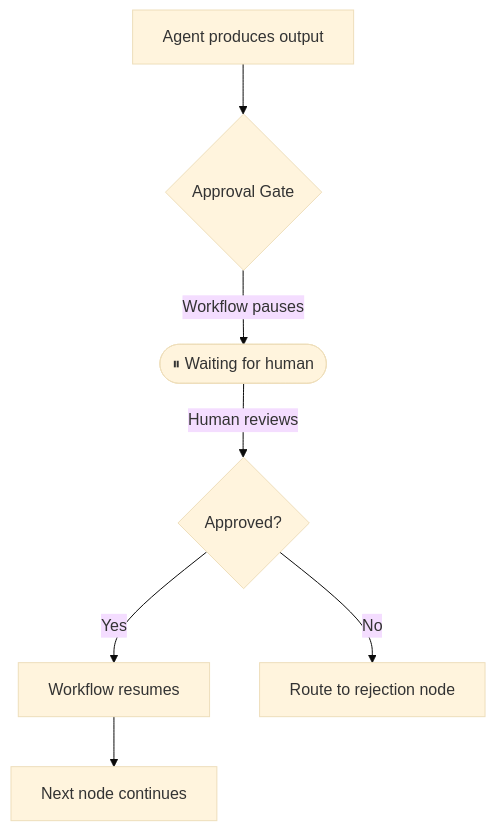
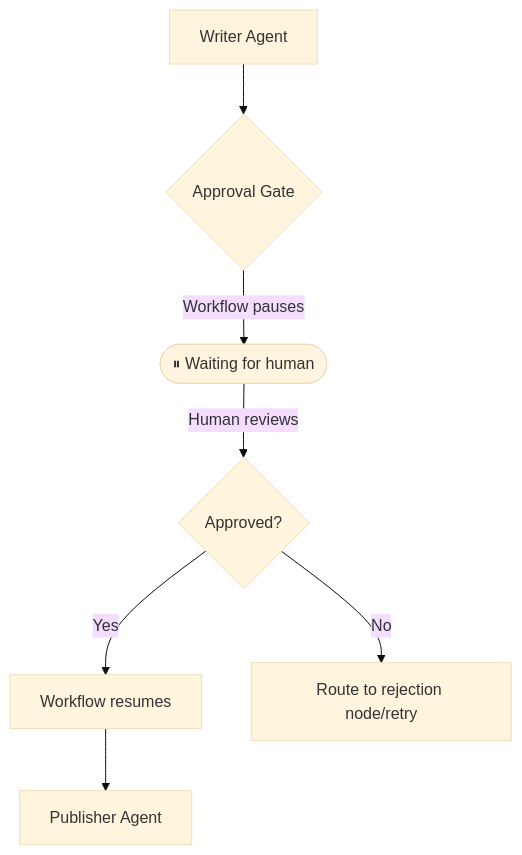
One commit to wmcmahan/mc-ai changed the diagram in apps/docs/src/content/docs/patterns/human-in-the-loop.md. Above: the diagram before and after it, drawn with Mermaid (base theme). The commit also changed other lines of this file and 38 other files, not shown here.

````diff
--- a/apps/docs/src/content/docs/patterns/human-in-the-loop.md
+++ b/apps/docs/src/content/docs/patterns/human-in-the-loop.md
@@ -10,9 +10,9 @@
 ```mermaid
 flowchart TB
-    Agent["Agent produces output"] --> Approval{"Approval Gate"}
+    Agent["Writer Agent"] --> Approval{"Approval Gate"}
     Approval --> |"Workflow pauses"| Wait(["⏸ Waiting for human"])
     Wait --> |"Human reviews"| Decision{Approved?}
     Decision --> |"Yes"| Resume["Workflow resumes"]
-    Decision --> |"No"| Reject["Route to rejection node"]
-    Resume --> Next["Next node continues"]
+    Decision --> |"No"| Reject["Route to rejection node/retry"]
+    Resume --> Next["Publisher Agent"]
 ```
````
